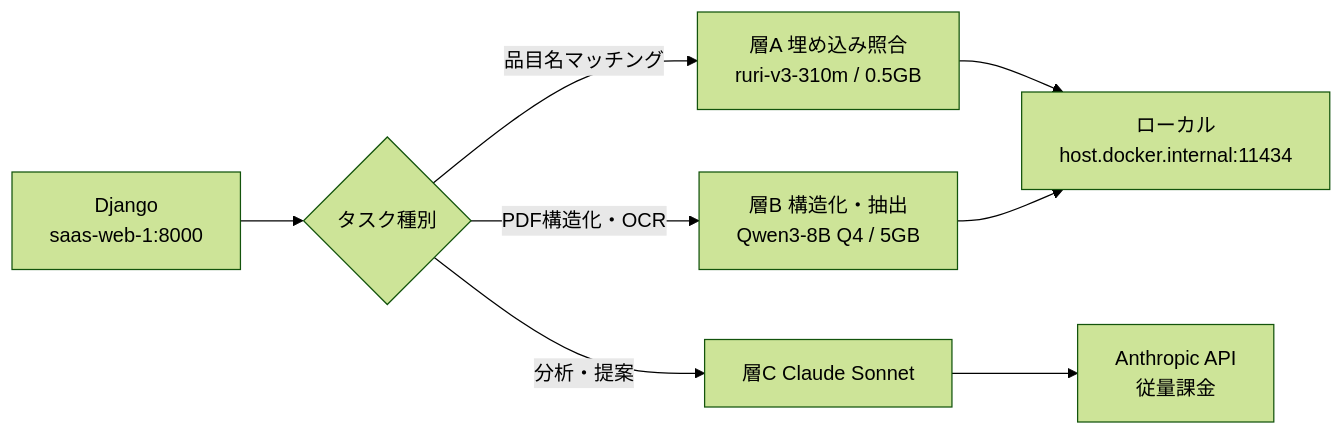
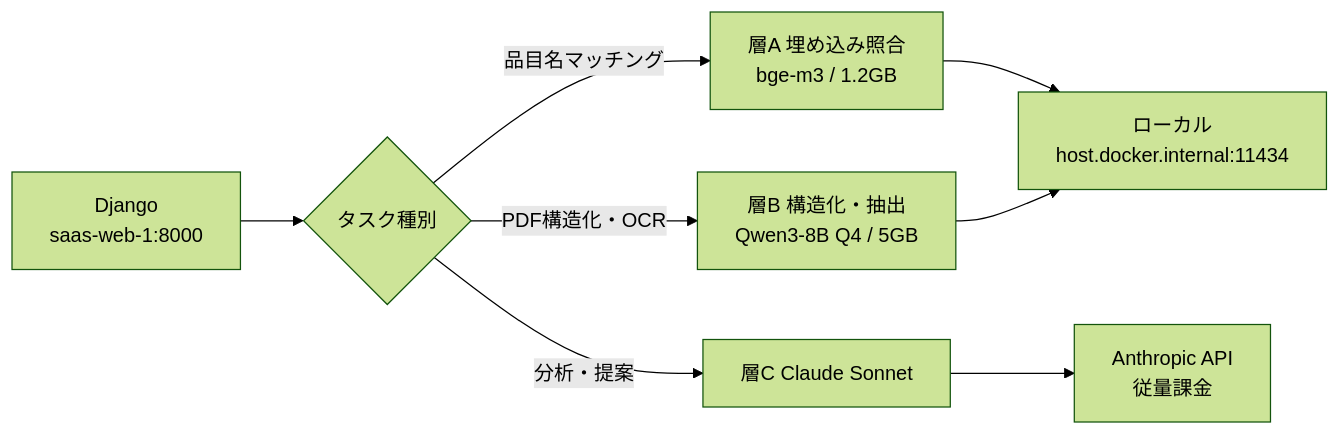
Before and after one commit to mstk13/KEM_DDENKI: the diagram in docs/saas/adr/ADR-0010-ai-inference-tiering.md, drawn with Mermaid (forest theme). The commit also changed other lines of this file and 6 other files, not shown here.

````diff
--- a/docs/saas/adr/ADR-0010-ai-inference-tiering.md
+++ b/docs/saas/adr/ADR-0010-ai-inference-tiering.md
@@ -46,10 +50,10 @@
 ```mermaid
 flowchart LR
     D["Django<br/>saas-web-1:8000"] --> R{タスク種別}
-    R -->|品目名マッチング| A["層A 埋め込み照合<br/>ruri-v3-310m / 0.5GB"]
+    R -->|品目名マッチング| A["層A 埋め込み照合<br/>bge-m3 / 1.2GB"]
     R -->|PDF構造化・OCR| B["層B 構造化・抽出<br/>Qwen3-8B Q4 / 5GB"]
     R -->|分析・提案| C["層C Claude Sonnet"]
     A --> L["ローカル<br/>host.docker.internal:11434"]
     B --> L
     C --> API["Anthropic API<br/>従量課金"]
 ```
````
